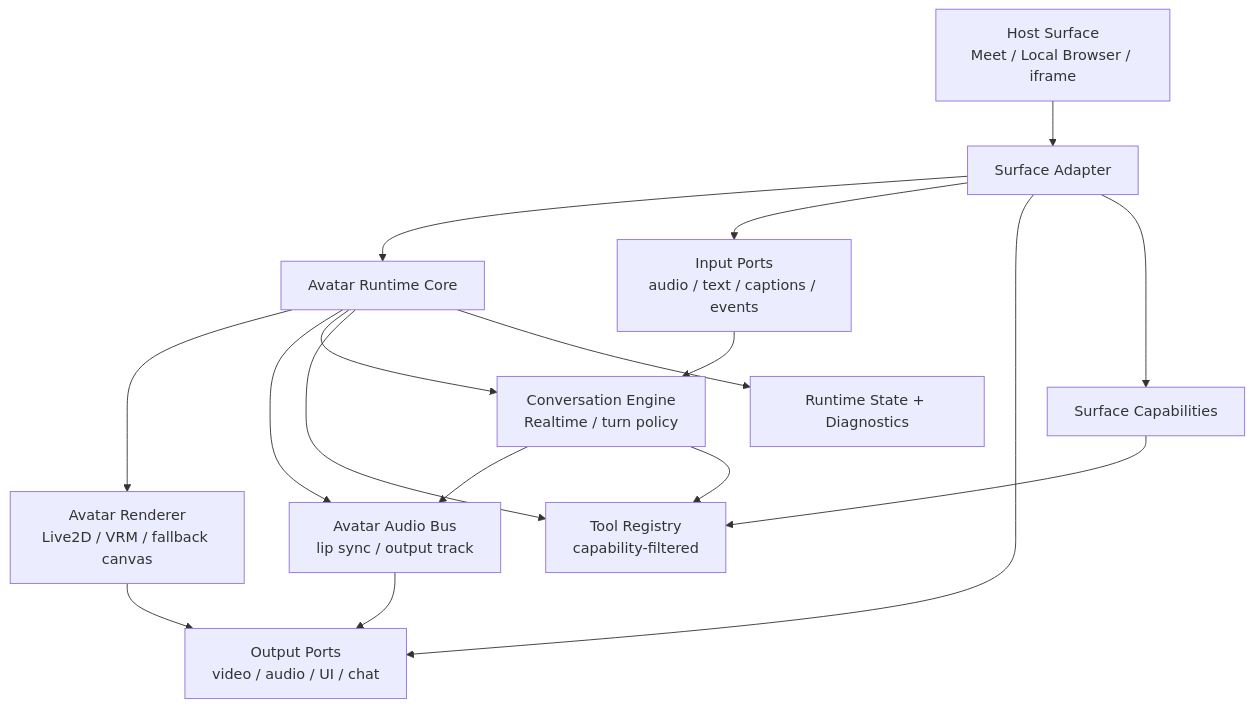
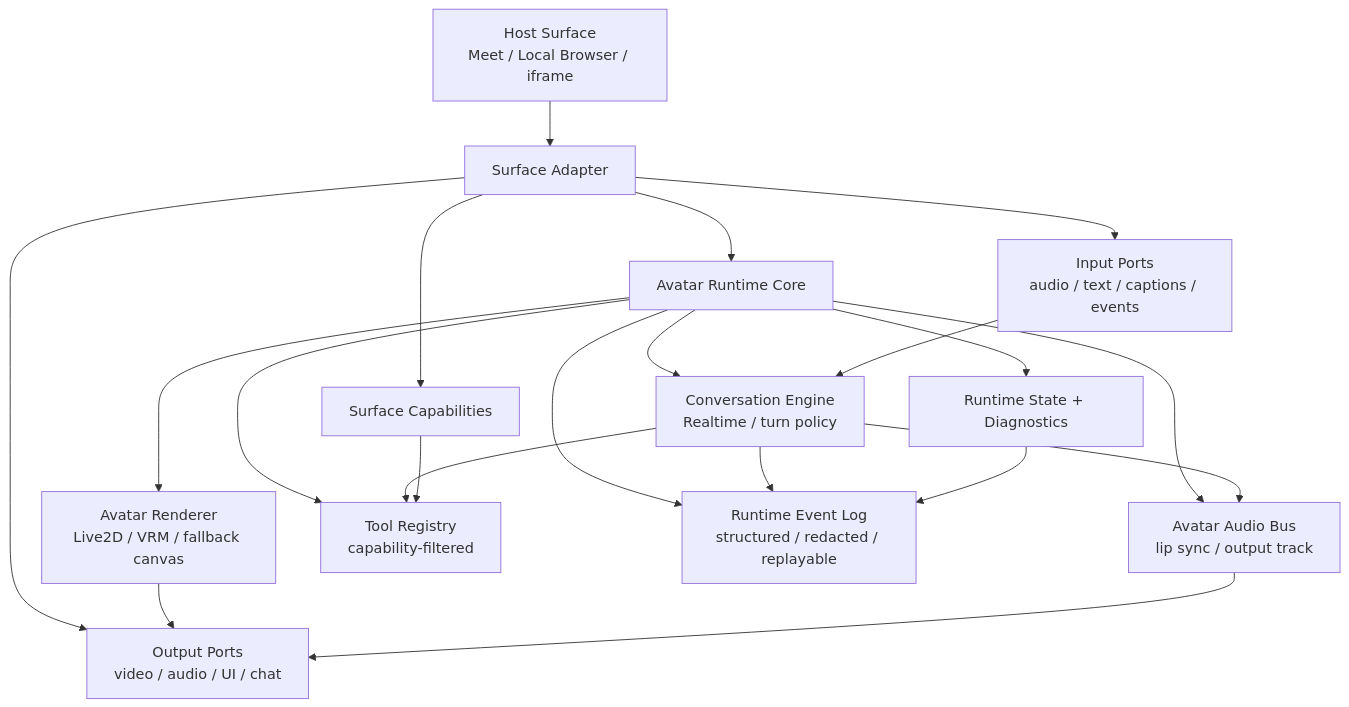
The diagram in notes/rfc/avatar-runtime-surface-adapter-rfc-2026-05-27.md (AFK-surf/oneesama), drawn with Mermaid before and after one commit. The commit also changed other lines of this file, not shown here.

Commit message:
docs(realtime): expand avatar runtime diagnostics

````diff
--- a/notes/rfc/avatar-runtime-surface-adapter-rfc-2026-05-27.md
+++ b/notes/rfc/avatar-runtime-surface-adapter-rfc-2026-05-27.md
@@ -113,22 +123,25 @@
 ```mermaid
 flowchart TD
   Host["Host Surface<br/>Meet / Local Browser / iframe"] --> Adapter["Surface Adapter"]
   Adapter --> Runtime["Avatar Runtime Core"]
 
   Runtime --> Renderer["Avatar Renderer<br/>Live2D / VRM / fallback canvas"]
   Runtime --> AudioBus["Avatar Audio Bus<br/>lip sync / output track"]
   Runtime --> Conversation["Conversation Engine<br/>Realtime / turn policy"]
   Runtime --> Tools["Tool Registry<br/>capability-filtered"]
   Runtime --> State["Runtime State + Diagnostics"]
+  Runtime --> Events["Runtime Event Log<br/>structured / redacted / replayable"]
 
   Adapter --> Inputs["Input Ports<br/>audio / text / captions / events"]
   Adapter --> Outputs["Output Ports<br/>video / audio / UI / chat"]
   Adapter --> Caps["Surface Capabilities"]
 
   Inputs --> Conversation
   Conversation --> AudioBus
   Conversation --> Tools
+  Conversation --> Events
   Renderer --> Outputs
   AudioBus --> Outputs
   Caps --> Tools
+  State --> Events
 ```
````
